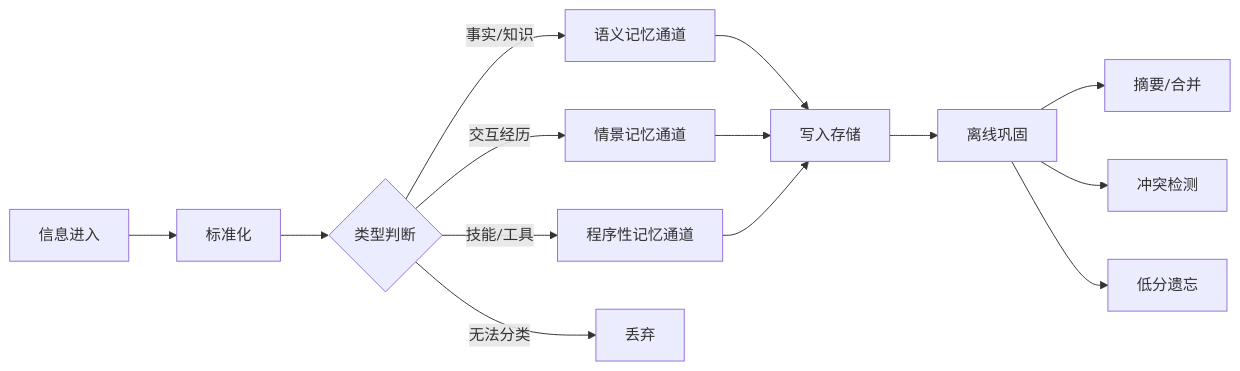
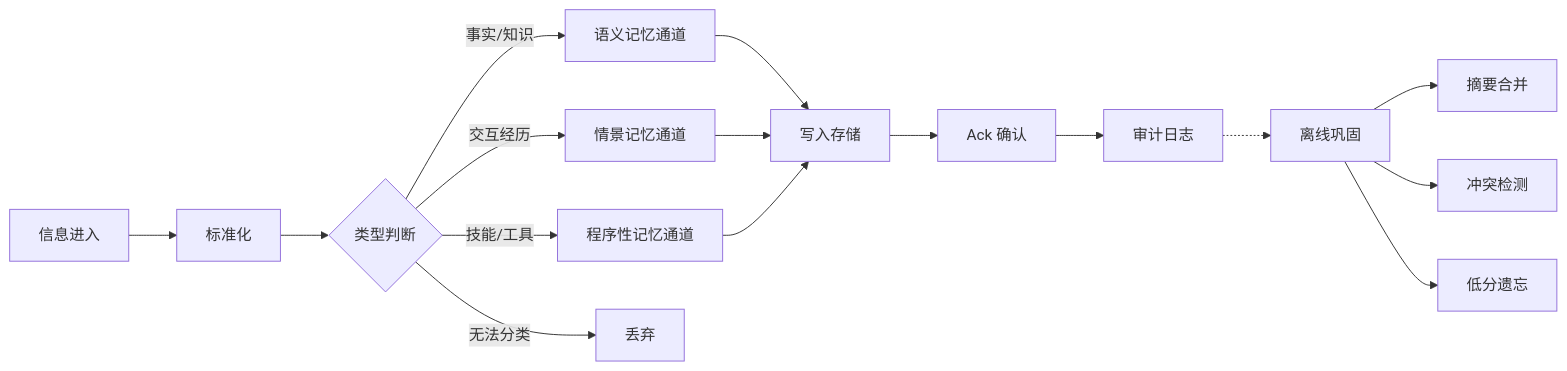
One commit to shuo2c/Robot changed the diagram in prd/memory/storage.md. Above: the diagram before and after it, drawn with Mermaid. The commit also changed other lines of this file, not shown here.

````diff
--- a/prd/memory/storage.md
+++ b/prd/memory/storage.md
@@ -12,16 +12,18 @@
 ```mermaid
 graph LR
     A[信息进入] --> B[标准化]
     B --> C{类型判断}
     C -->|事实/知识| D[语义记忆通道]
     C -->|交互经历| E[情景记忆通道]
     C -->|技能/工具| F[程序性记忆通道]
     C -->|无法分类| G[丢弃]
     D --> H[写入存储]
     E --> H
     F --> H
-    H --> I[离线巩固]
-    I --> J[摘要/合并]
-    I --> K[冲突检测]
-    I --> L[低分遗忘]
+    H --> I[Ack 确认]
+    I --> J[审计日志]
+    J -.-> K[离线巩固]
+    K --> L[摘要合并]
+    K --> M[冲突检测]
+    K --> N[低分遗忘]
 ```
````
